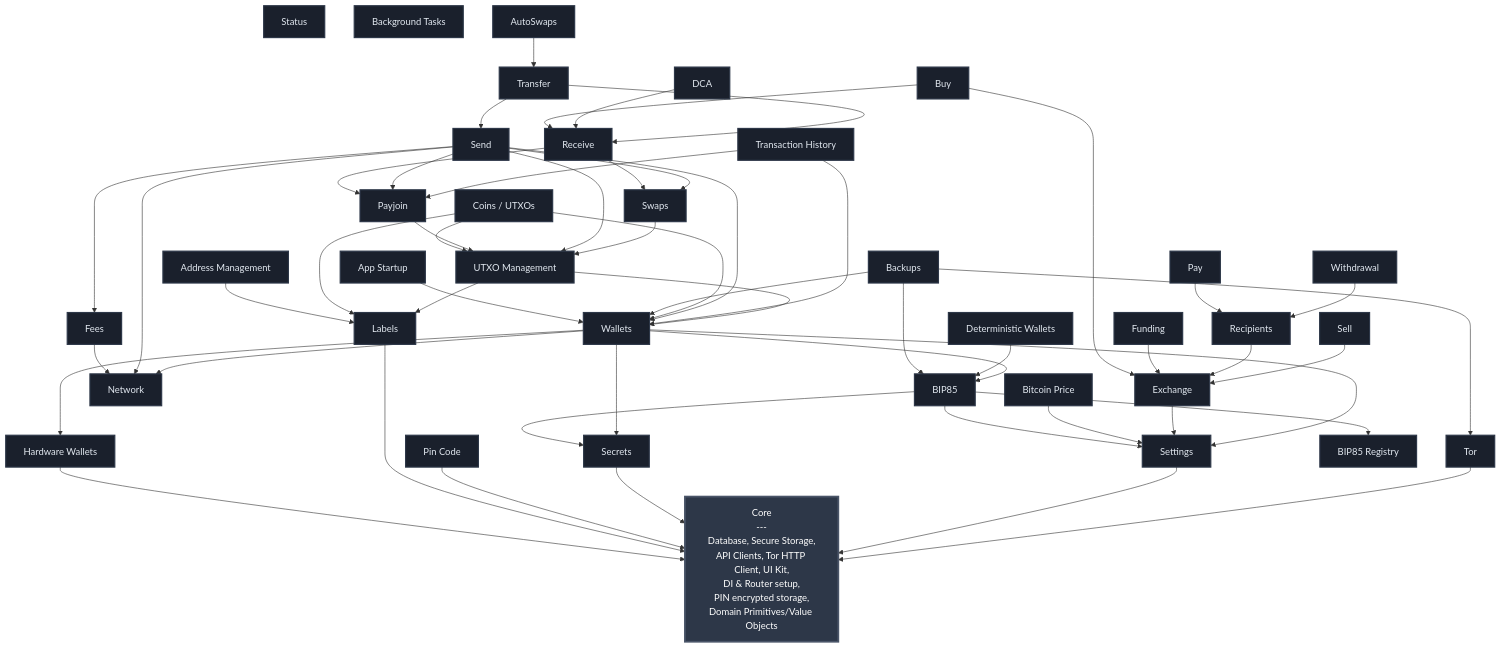
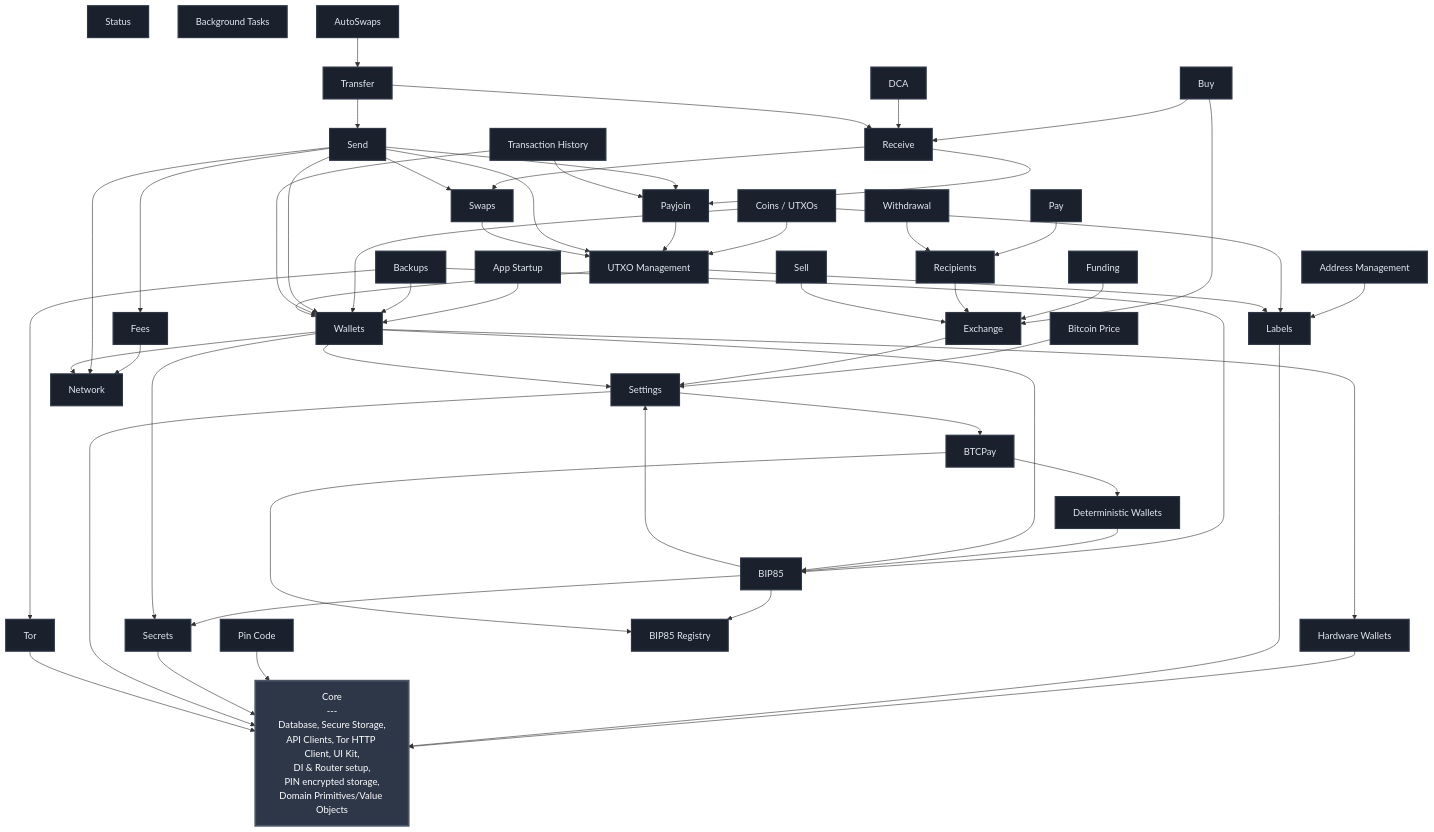
One commit to SatoshiPortal/bullbitcoin-mobile changed the diagram in FEATURES.md. Above: the diagram before and after it, drawn with Mermaid. The commit also changed 27 other files, not shown here.

````diff
--- a/FEATURES.md
+++ b/FEATURES.md
@@ -19,6 +19,7 @@
     SECRETS[Secrets]
     HW_WALLETS[Hardware Wallets]
     BTC_PRICE[Bitcoin Price]
+    BTCPAY[BTCPay]
     NETWORK[Network]
     BIP85[BIP85]
     BIP85_REGISTRY[BIP85 Registry]
@@ -62,6 +63,8 @@
     BACKUPS --> TOR
     BACKUPS --> WALLETS
     BTC_PRICE --> SETTINGS
+    BTCPAY --> BIP85_REGISTRY
+    BTCPAY --> DETERMINISTIC_WALLETS
     BUY --> EXCHANGE
     BUY --> RECEIVE
     COINS --> UTXO_MGMT
@@ -88,6 +91,7 @@
     SEND --> SWAPS
     SEND --> UTXO_MGMT
     SEND --> WALLETS
+    SETTINGS --> BTCPAY
     SETTINGS --> CORE
     SWAPS --> UTXO_MGMT
     TOR --> CORE
@@ -109,5 +113,5 @@
     classDef featureStyle fill:#1a202c,stroke:#2d3748,stroke-width:2px,color:#e2e8f0
 
     class CORE coreStyle
-    class SETTINGS,TOR,PIN_CODE,LABELS,SECRETS,HW_WALLETS,BTC_PRICE,NETWORK,BIP85,BIP85_REGISTRY,DETERMINISTIC_WALLETS,FEES,WALLETS,EXCHANGE,APP_STARTUP,UTXO_MGMT,ADDRESS_MGMT,RECIPIENTS,FUNDING,BACKUPS,SWAPS,PAYJOIN,WITHDRAWAL,STATUS,SEND,RECEIVE,TRANSFER,TX_HISTORY,BG_TASKS,AUTOSWAPS,DCA,SELL,PAY,BUY,COINS featureStyle
+    class SETTINGS,TOR,PIN_CODE,LABELS,SECRETS,HW_WALLETS,BTC_PRICE,BTCPAY,NETWORK,BIP85,BIP85_REGISTRY,DETERMINISTIC_WALLETS,FEES,WALLETS,EXCHANGE,APP_STARTUP,UTXO_MGMT,ADDRESS_MGMT,RECIPIENTS,FUNDING,BACKUPS,SWAPS,PAYJOIN,WITHDRAWAL,STATUS,SEND,RECEIVE,TRANSFER,TX_HISTORY,BG_TASKS,AUTOSWAPS,DCA,SELL,PAY,BUY,COINS featureStyle
 ```
````
